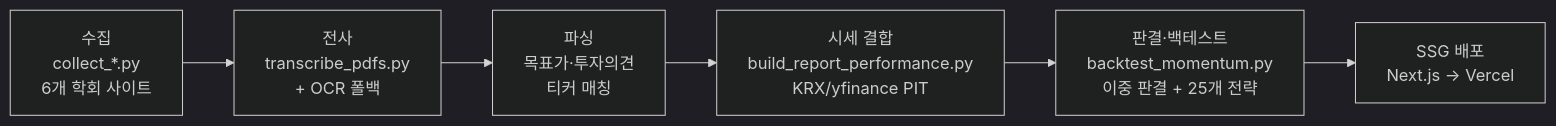
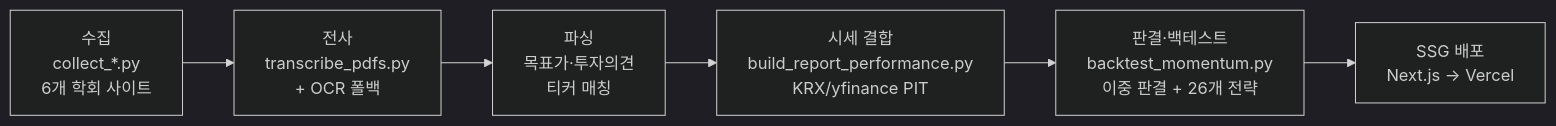
The diagram in README.md (choiinyeol/snusmic-portfolio-lab), drawn with Mermaid (dark theme) before and after one commit. The commit also changed other lines of this file and 17 other files, not shown here.

````diff
--- a/README.md
+++ b/README.md
@@ -55,8 +55,8 @@
 ```mermaid
 flowchart LR
     A["수집<br/>collect_*.py<br/>6개 학회 사이트"] --> B["전사<br/>transcribe_pdfs.py<br/>+ OCR 폴백"]
     B --> C["파싱<br/>목표가·투자의견<br/>티커 매칭"]
     C --> D["시세 결합<br/>build_report_performance.py<br/>KRX/yfinance PIT"]
-    D --> E["판결·백테스트<br/>backtest_momentum.py<br/>이중 판결 + 25개 전략"]
+    D --> E["판결·백테스트<br/>backtest_momentum.py<br/>이중 판결 + 26개 전략"]
     E --> F["SSG 배포<br/>Next.js → Vercel"]
 ```
````
